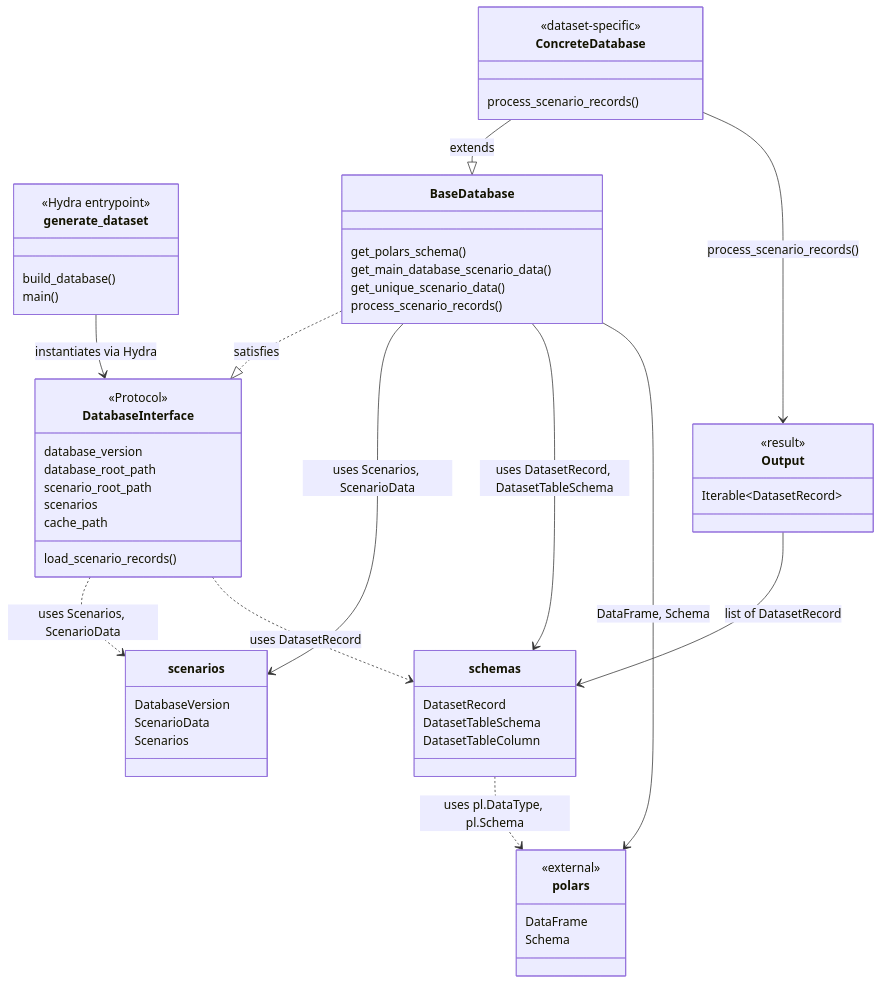
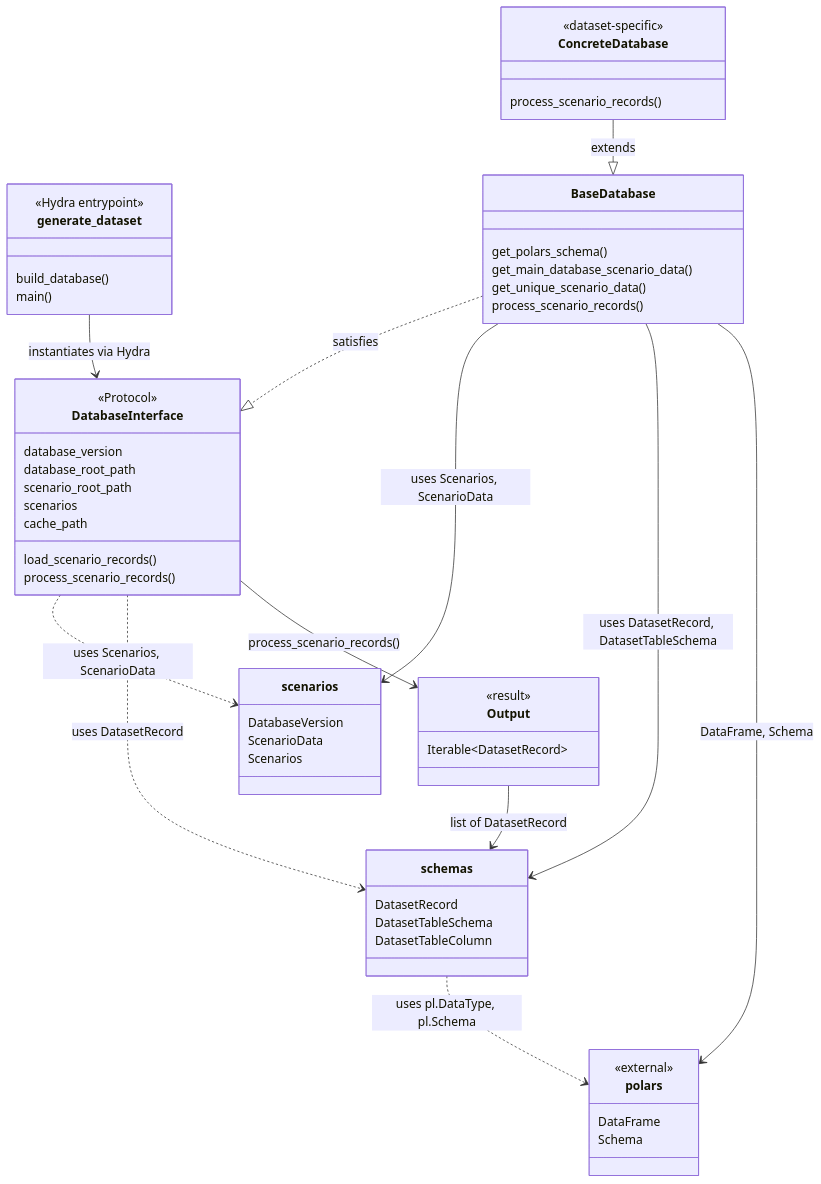
The diagram in autoware_ml/databases/README.md (tier4/autoware-ml), drawn with Mermaid before and after one commit. The commit also changed 1 other file, not shown here.

````diff
--- a/autoware_ml/databases/README.md
+++ b/autoware_ml/databases/README.md
@@ -19,72 +19,73 @@
 ```mermaid
 classDiagram
     direction TB
 
     class generate_dataset {
         <<Hydra entrypoint>>
         build_database()
         main()
     }
 
     class DatabaseInterface {
         <<Protocol>>
         database_version
         database_root_path
         scenario_root_path
         scenarios
         cache_path
         load_scenario_records()
+        process_scenario_records()
     }
 
     class BaseDatabase {
         get_polars_schema()
         get_main_database_scenario_data()
         get_unique_scenario_data()
         process_scenario_records()
     }
 
     class scenarios {
         DatabaseVersion
         ScenarioData
         Scenarios
     }
 
     class schemas {
         DatasetRecord
         DatasetTableSchema
         DatasetTableColumn
     }
 
     class polars {
         <<external>>
         DataFrame
         Schema
     }
 
     class ConcreteDatabase {
         <<dataset-specific>>
         process_scenario_records()
     }
 
     class Output {
         <<result>>
         Iterable~DatasetRecord~
     }
 
     generate_dataset --> DatabaseInterface : instantiates via Hydra
 
     DatabaseInterface ..> scenarios : uses Scenarios, ScenarioData
     DatabaseInterface ..> schemas : uses DatasetRecord
+    DatabaseInterface --> Output : process_scenario_records()
 
     BaseDatabase ..|> DatabaseInterface : satisfies
     BaseDatabase --> scenarios : uses Scenarios, ScenarioData
     BaseDatabase --> schemas : uses DatasetRecord, DatasetTableSchema
     BaseDatabase --> polars : DataFrame, Schema
 
     ConcreteDatabase --|> BaseDatabase : extends
-    ConcreteDatabase --> Output : process_scenario_records()
 
     Output --> schemas : list of DatasetRecord
 
     schemas ..> polars : uses pl.DataType, pl.Schema
 ```
````
